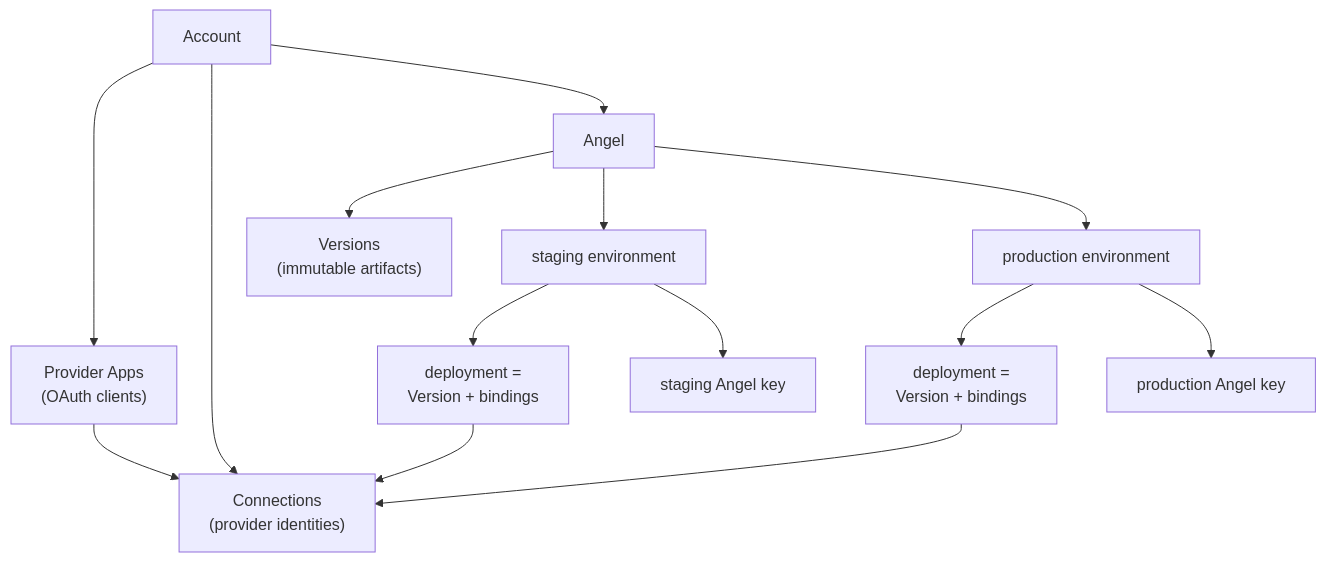
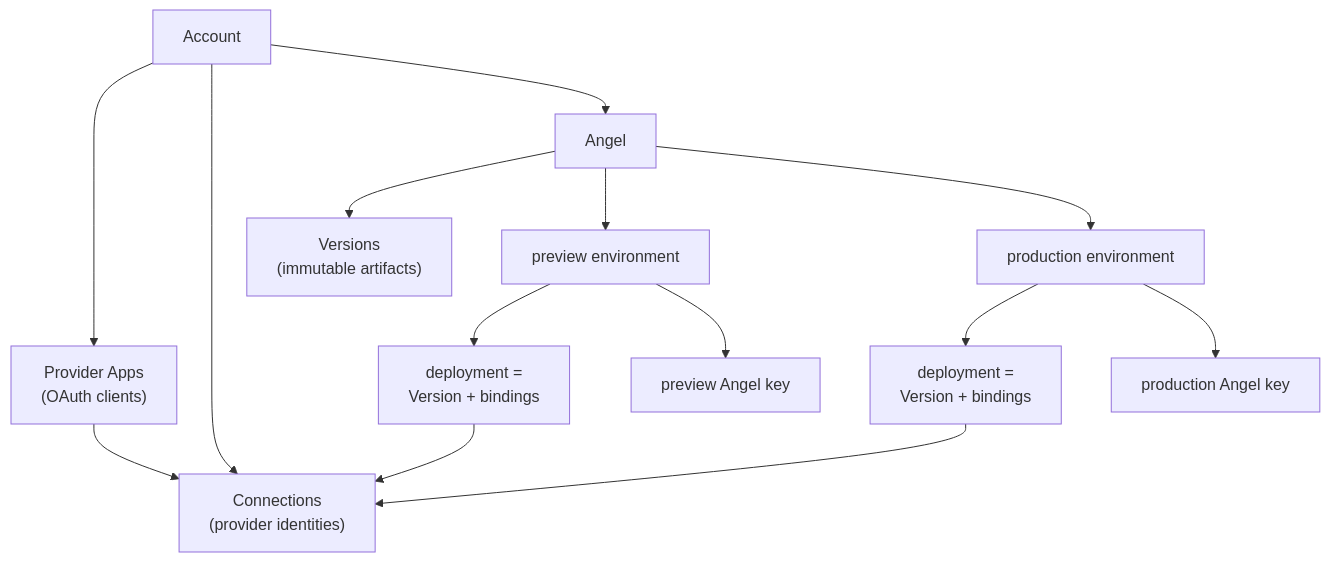
Before and after one commit to exocognito/angel-cloud: the first of 3 diagrams in docs/user-manual.md, drawn with Mermaid. The commit also changed other lines of this file and 12 other files, not shown here.

````diff
--- a/docs/user-manual.md
+++ b/docs/user-manual.md
@@ -91,16 +91,16 @@
 ```mermaid
 flowchart TD
     ACC["Account"] --> PA["Provider Apps\n(OAuth clients)"]
     ACC --> CON["Connections\n(provider identities)"]
     PA --> CON
     ACC --> AN["Angel"]
     AN --> VER["Versions\n(immutable artifacts)"]
-    AN --> ST["staging environment"]
+    AN --> ST["preview environment"]
     AN --> PROD["production environment"]
     ST --> DS["deployment =\nVersion + bindings"]
     PROD --> DP["deployment =\nVersion + bindings"]
     DS --> CON
     DP --> CON
-    ST --> KS["staging Angel key"]
+    ST --> KS["preview Angel key"]
     PROD --> KP["production Angel key"]
 ```
````
